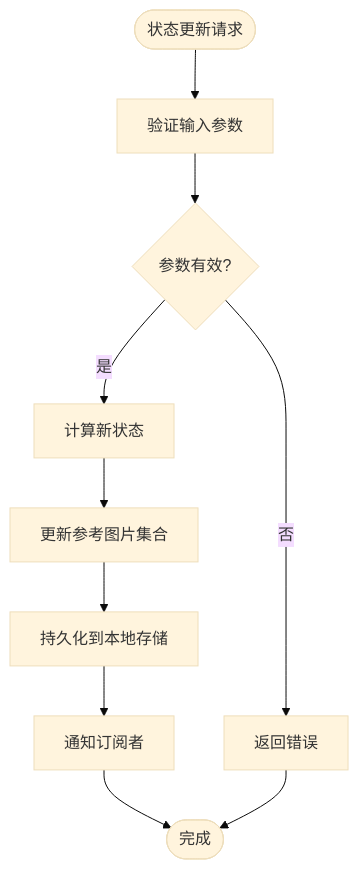
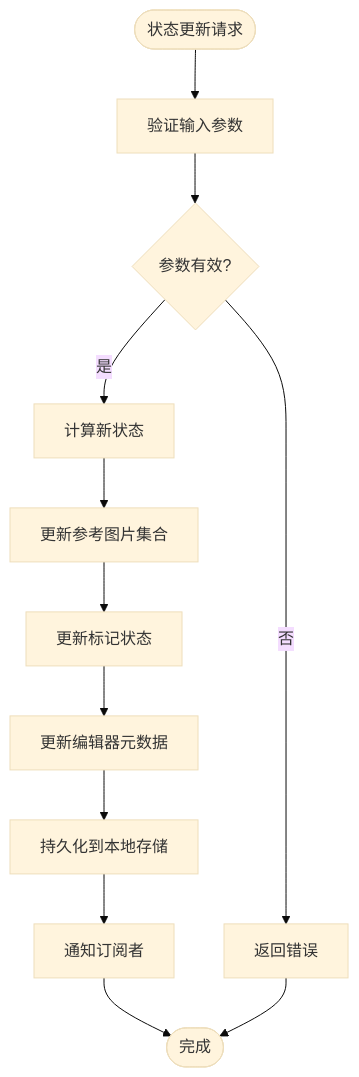
Before and after one commit to billye220670/BananaFlow2: the fifth of 19 diagrams in .qoder/repowiki/zh/content/状态管理系统.md, drawn with Mermaid (base theme). The commit also changed other lines of this file and 10 other files, not shown here.

````diff
--- a/.qoder/repowiki/zh/content/状态管理系统.md
+++ b/.qoder/repowiki/zh/content/状态管理系统.md
@@ -216,12 +270,14 @@
 ```mermaid
 flowchart TD
 Start([状态更新请求]) --> Validate["验证输入参数"]
 Validate --> Valid{"参数有效?"}
 Valid --> |否| Error["返回错误"]
 Valid --> |是| Compute["计算新状态"]
 Compute --> UpdateRefs["更新参考图片集合"]
-UpdateRefs --> Persist["持久化到本地存储"]
+UpdateRefs --> UpdateMarkers["更新标记状态"]
+UpdateMarkers --> UpdateEditor["更新编辑器元数据"]
+UpdateEditor --> Persist["持久化到本地存储"]
 Persist --> Notify["通知订阅者"]
 Notify --> End([完成])
 Error --> End
 ```
````
